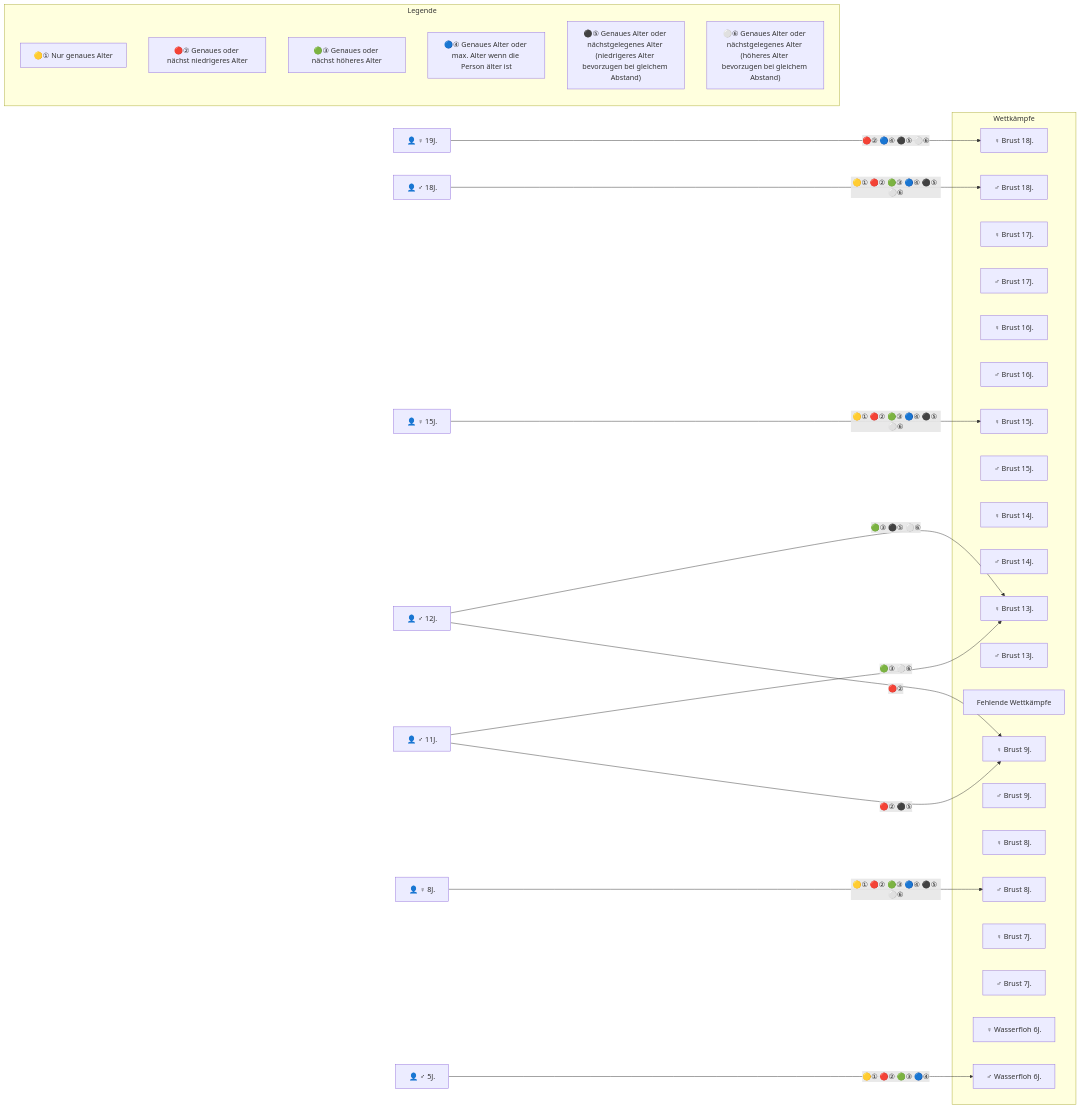
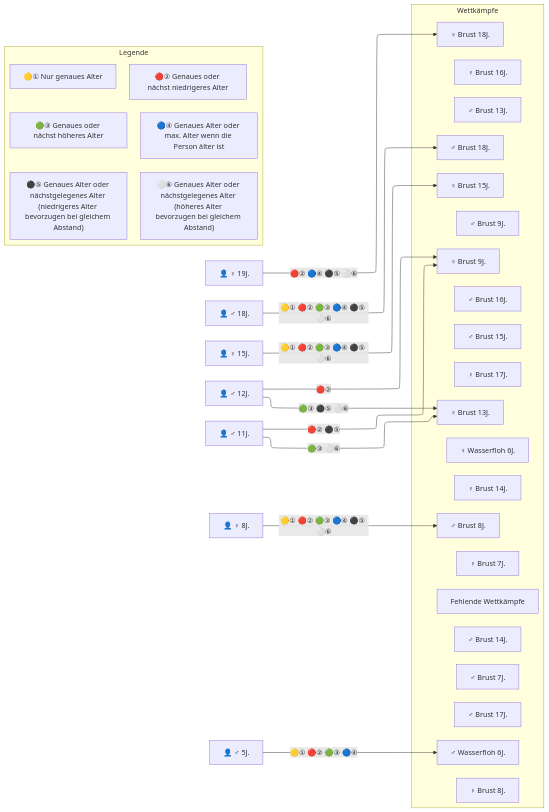
Before and after one commit to M1S2/Vereinsmeisterschaften: the diagram in README.md, drawn with Mermaid. The commit also changed other lines of this file and 64 other files, not shown here.

````diff
--- a/README.md
+++ b/README.md
@@ -174,54 +187,58 @@
 ```mermaid
+---
+config:
+    layout: elk
+---
 flowchart LR
     subgraph Wettkämpfe
         C18f["♀ Brust 18J."]
         C18m["♂ Brust 18J."]
         C17f["♀ Brust 17J."]
         C17m["♂ Brust 17J."]
         C16f["♀ Brust 16J."]
         C16m["♂ Brust 16J."]
         C15f["♀ Brust 15J."]
         C15m["♂ Brust 15J."]
         C14f["♀ Brust 14J."]
         C14m["♂ Brust 14J."]
         C13f["♀ Brust 13J."]
         C13m["♂ Brust 13J."]
         Gap["Fehlende Wettkämpfe"]
         C9f["♀ Brust 9J."]
         C9m["♂ Brust 9J."]
         C8f["♀ Brust 8J."]
         C8m["♂ Brust 8J."]
         C7f["♀ Brust 7J."]
         C7m["♂ Brust 7J."]
         C6f["♀ Wasserfloh 6J."]
         C6m["♂ Wasserfloh 6J."]
     end
 
     subgraph Legende
         direction TB
         L1["🟡① Nur genaues Alter"]
         L2["🔴② Genaues oder nächst niedrigeres Alter"]
         L3["🟢③ Genaues oder nächst höheres Alter"]
         L4["🔵④ Genaues Alter oder max. Alter wenn die Person älter ist"]
         L5["⚫⑤ Genaues Alter oder nächstgelegenes Alter (niedrigeres Alter bevorzugen bei gleichem Abstand)"]
         L6["⚪⑥ Genaues Alter oder nächstgelegenes Alter (höheres Alter bevorzugen bei gleichem Abstand)"]
     end
 
     P19f["👤 ♀ 19J."]
     P18m["👤 ♂ 18J."]
     P15f["👤 ♀ 15J."]
     P12m["👤 ♂ 12J."]
     P11m["👤 ♂ 11J."]
     P8f["👤 ♀ 8J."]
     P5m["👤 ♂ 5J."]
     
     P19f -- "🔴② 🔵④ ⚫⑤ ⚪⑥" --> C18f
     P18m -- "🟡① 🔴② 🟢③ 🔵④ ⚫⑤ ⚪⑥" --> C18m
     P15f -- "🟡① 🔴② 🟢③ 🔵④ ⚫⑤ ⚪⑥" --> C15f
     P12m -- "🟢③ ⚫⑤ ⚪⑥" --> C13f
     P12m -- "🔴②" --> C9f    
     P11m -- "🟢③ ⚪⑥" --> C13f
     P11m -- "🔴② ⚫⑤" --> C9f
     P8f  -- "🟡① 🔴② 🟢③ 🔵④ ⚫⑤ ⚪⑥" --> C8m
     P5m  -- "🟡① 🔴② 🟢③ 🔵④" --> C6m
 ```
````
